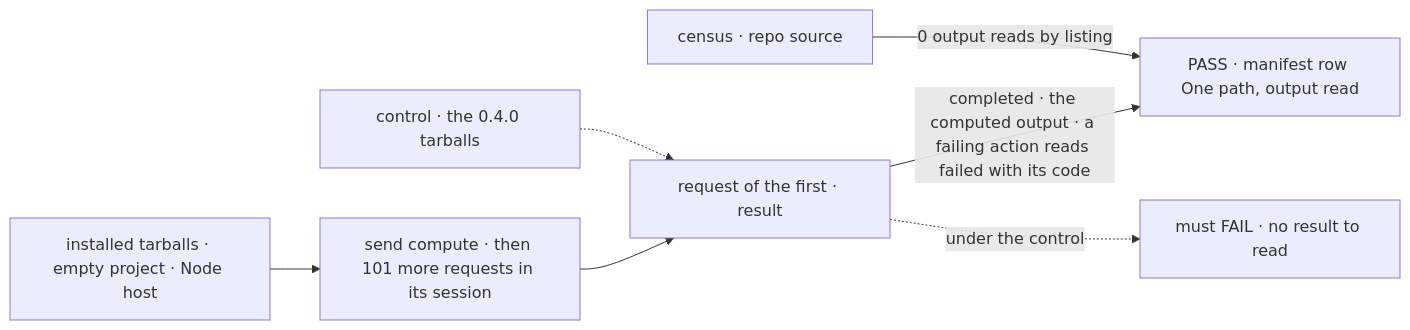
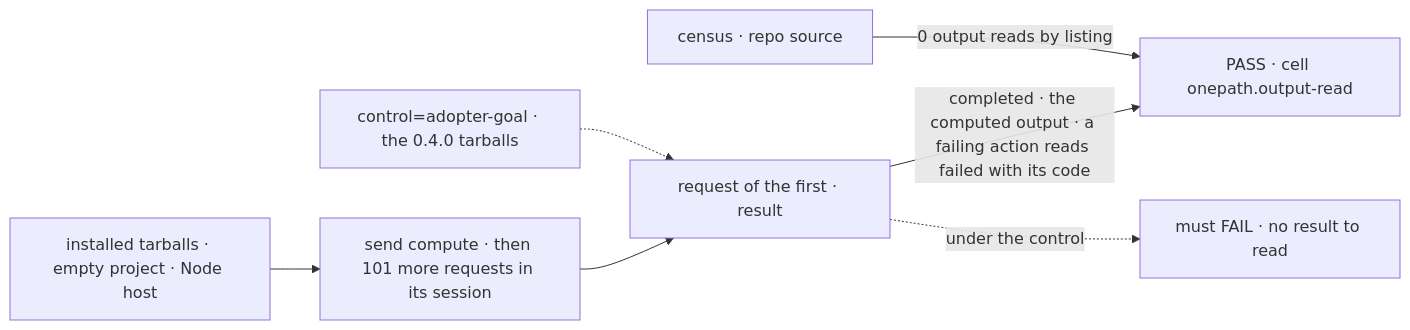
Before and after one commit to fixpoint-labs/flow-state-dev: the first of 2 diagrams in specs/issues/FIX-2455/SPEC.md, drawn with Mermaid. The commit also changed other lines of this file and 1 other file, not shown here.

````diff
--- a/specs/issues/FIX-2455/SPEC.md
+++ b/specs/issues/FIX-2455/SPEC.md
@@ -29,9 +29,9 @@
 ```mermaid
 flowchart LR
   I["installed tarballs · empty project · Node host"] --> S["send compute · then 101 more requests in its session"]
   S --> R["request of the first · result"]
-  R -->|"completed · the computed output · a failing action reads failed with its code"| P["PASS · manifest row One path, output read"]
+  R -->|"completed · the computed output · a failing action reads failed with its code"| P["PASS · cell onepath.output-read"]
   K["census · repo source"] -->|"0 output reads by listing"| P
-  C["control · the 0.4.0 tarballs"] -.-> R
+  C["control=adopter-goal · the 0.4.0 tarballs"] -.-> R
   R -.->|"under the control"| F["must FAIL · no result to read"]
 ```
````
